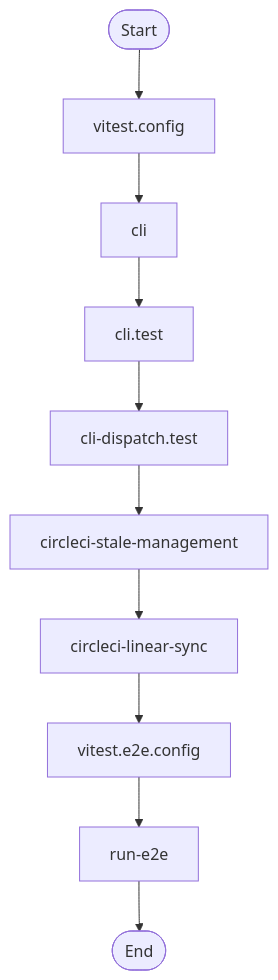
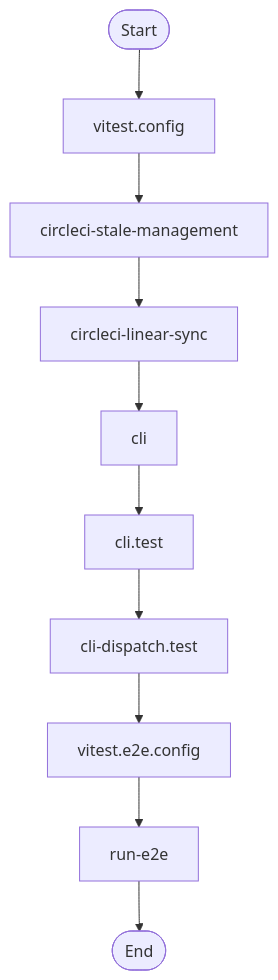
One commit to jscraik/coding-harness changed the seventh of 10 diagrams in AI/context/diagram-context.md. Above: the diagram before and after it, drawn with Mermaid. The commit also changed other lines of this file and 5 other files, not shown here.

Commit message:
chore(diagrams): auto-refresh architecture diagrams

````diff
--- a/AI/context/diagram-context.md
+++ b/AI/context/diagram-context.md
@@ -564,22 +564,22 @@
 ```mermaid
 flowchart TD
   Start(["Start"])
   vitest_config_a9f1245e["vitest.config"]
   Start --> vitest_config_a9f1245e
+  circleci_stale_management_664de1d9["circleci-stale-management"]
+  vitest_config_a9f1245e --> circleci_stale_management_664de1d9
+  circleci_linear_sync_19c0d6da["circleci-linear-sync"]
+  circleci_stale_management_664de1d9 --> circleci_linear_sync_19c0d6da
   cli_99bb8840["cli"]
-  vitest_config_a9f1245e --> cli_99bb8840
+  circleci_linear_sync_19c0d6da --> cli_99bb8840
   cli_test_4851f28b["cli.test"]
   cli_99bb8840 --> cli_test_4851f28b
   cli_dispatch_test_54c9f17b["cli-dispatch.test"]
   cli_test_4851f28b --> cli_dispatch_test_54c9f17b
-  circleci_stale_management_664de1d9["circleci-stale-management"]
-  cli_dispatch_test_54c9f17b --> circleci_stale_management_664de1d9
-  circleci_linear_sync_19c0d6da["circleci-linear-sync"]
-  circleci_stale_management_664de1d9 --> circleci_linear_sync_19c0d6da
   vitest_e2e_config_4e2a61bc["vitest.e2e.config"]
-  circleci_linear_sync_19c0d6da --> vitest_e2e_config_4e2a61bc
+  cli_dispatch_test_54c9f17b --> vitest_e2e_config_4e2a61bc
   run_e2e_39efe696["run-e2e"]
   vitest_e2e_config_4e2a61bc --> run_e2e_39efe696
   End(["End"])
   run_e2e_39efe696 --> End
 ```
````
